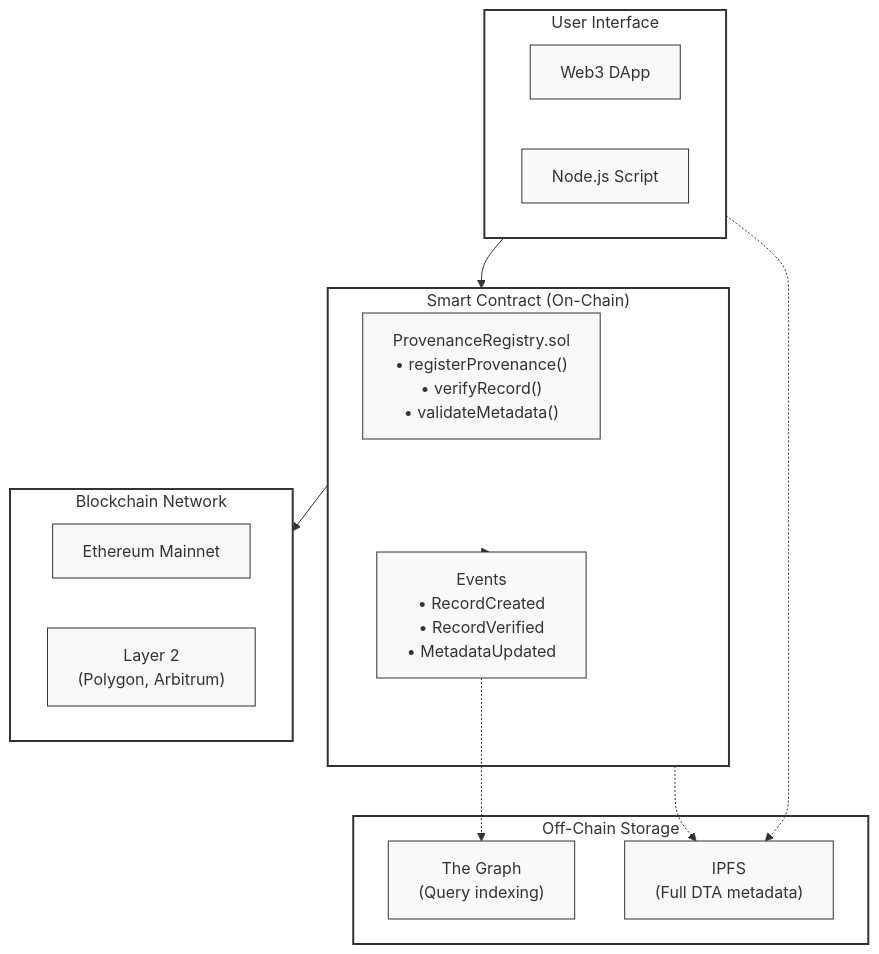
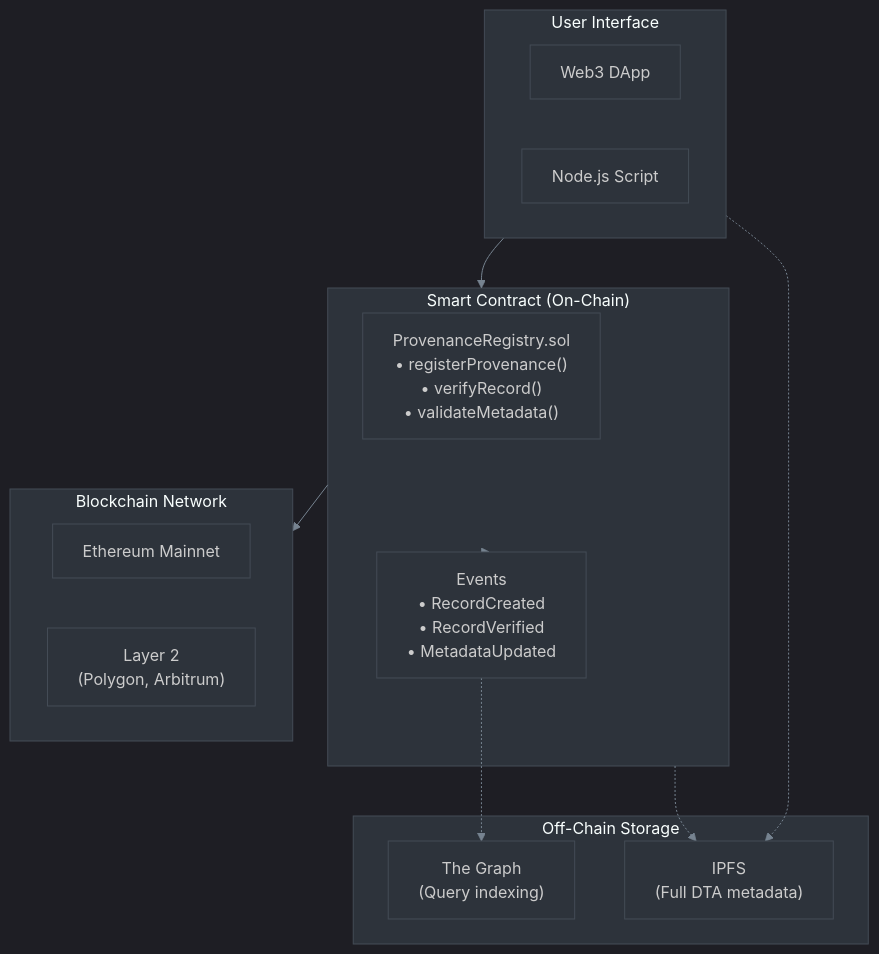
One commit to Ricoledan/dta-provenance-demo changed the third of 17 diagrams in docs/ARCHITECTURE.md. Above: the diagram before and after it, drawn with Mermaid. The commit also changed other lines of this file and 1 other file, not shown here.

First line of the commit message:
Update Mermaid diagrams to dark theme

````diff
--- a/docs/ARCHITECTURE.md
+++ b/docs/ARCHITECTURE.md
@@ -93,42 +76,31 @@
 ```mermaid
+%%{init: {"theme":"dark","themeVariables":{"darkMode":true,"background":"#0d1117","primaryColor":"#2d333b","primaryTextColor":"#e6edf3","primaryBorderColor":"#444c56","lineColor":"#768390","secondaryColor":"#1c2128","tertiaryColor":"#22272e","clusterBkg":"#2d333b","clusterBorder":"#444c56","nodeTextColor":"#e6edf3","mainBkg":"#2d333b","secondBkg":"#22272e","edgeLabelBackground":"#2d333b","nodeBorder":"#444c56"}}}%%
 graph TB
     subgraph User["User Interface"]
         Web3["Web3 DApp"]
         Script["Node.js Script"]
     end
 
     subgraph Contract["Smart Contract (On-Chain)"]
         Registry["ProvenanceRegistry.sol<br/>• registerProvenance()<br/>• verifyRecord()<br/>• validateMetadata()"]
         Events["Events<br/>• RecordCreated<br/>• RecordVerified<br/>• MetadataUpdated"]
     end
 
     subgraph Blockchain["Blockchain Network"]
         ETH["Ethereum Mainnet"]
         L2["Layer 2<br/>(Polygon, Arbitrum)"]
     end
 
     subgraph Storage["Off-Chain Storage"]
         IPFS["IPFS<br/>(Full DTA metadata)"]
         Indexer["The Graph<br/>(Query indexing)"]
     end
 
     User --> Contract
     Contract --> Blockchain
     Contract -.-> Events
     Events -.-> Indexer
     User -.-> IPFS
     Contract -.-> IPFS
 
-    style User fill:#fff,stroke:#333,stroke-width:2px
-    style Contract fill:#fff,stroke:#333,stroke-width:2px
-    style Blockchain fill:#fff,stroke:#333,stroke-width:2px
-    style Storage fill:#fff,stroke:#333,stroke-width:2px
-    style Web3 fill:#f9f9f9,stroke:#333,stroke-width:1px
-    style Script fill:#f9f9f9,stroke:#333,stroke-width:1px
-    style Registry fill:#f9f9f9,stroke:#333,stroke-width:1px
-    style Events fill:#f9f9f9,stroke:#333,stroke-width:1px
-    style ETH fill:#f9f9f9,stroke:#333,stroke-width:1px
-    style L2 fill:#f9f9f9,stroke:#333,stroke-width:1px
-    style IPFS fill:#f9f9f9,stroke:#333,stroke-width:1px
-    style Indexer fill:#f9f9f9,stroke:#333,stroke-width:1px
 ```
````
